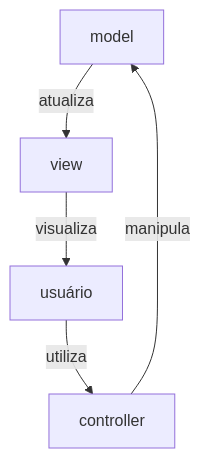
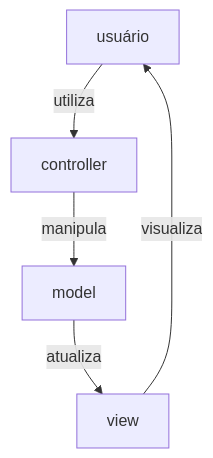
The diagram in README.md (CTISM-Prof-Henry/pythonFlask), drawn with Mermaid before and after one commit. The commit also changed other lines of this file, not shown here.

````diff
--- a/README.md
+++ b/README.md
@@ -24,13 +24,13 @@
 ```mermaid
 flowchart TD
+    user["usuário"]
+    controller["controller"]
     model["model"]
     view["view"]
-    controller["controller"]
-    user["usuário"]
-
+    
+    user -- "utiliza" --> controller
     view -- "visualiza" --> user
-    user -- "utiliza" --> controller
 
     controller -- "manipula" --> model
     model -- "atualiza" --> view
 ```
````
